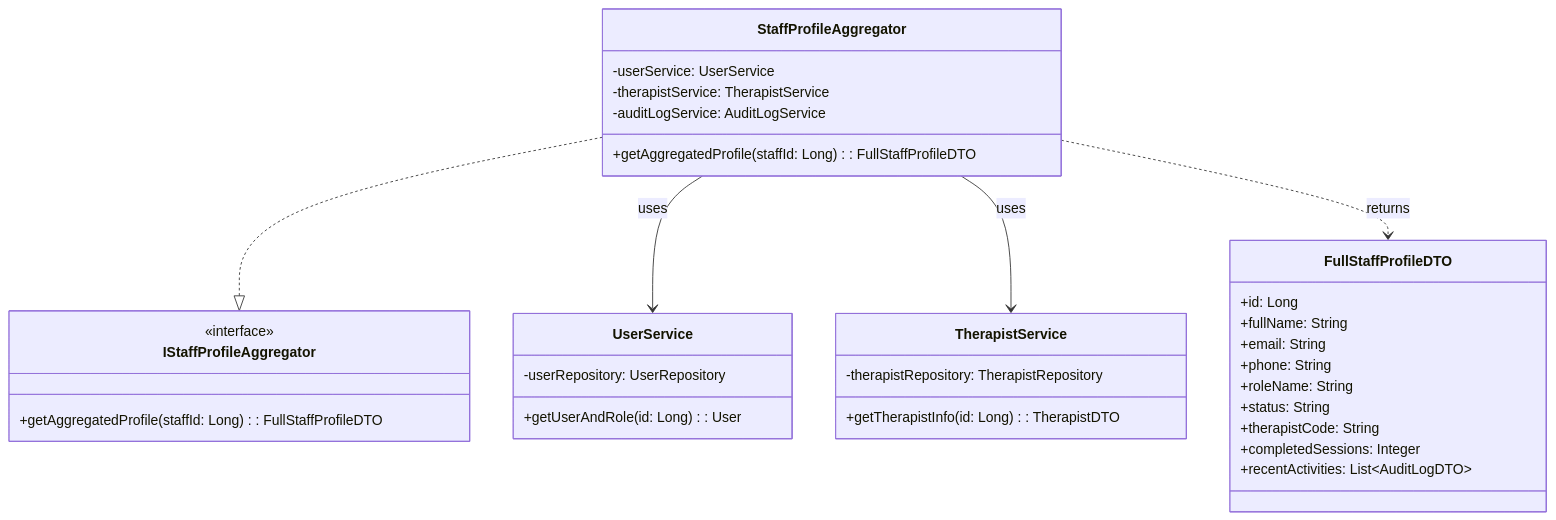
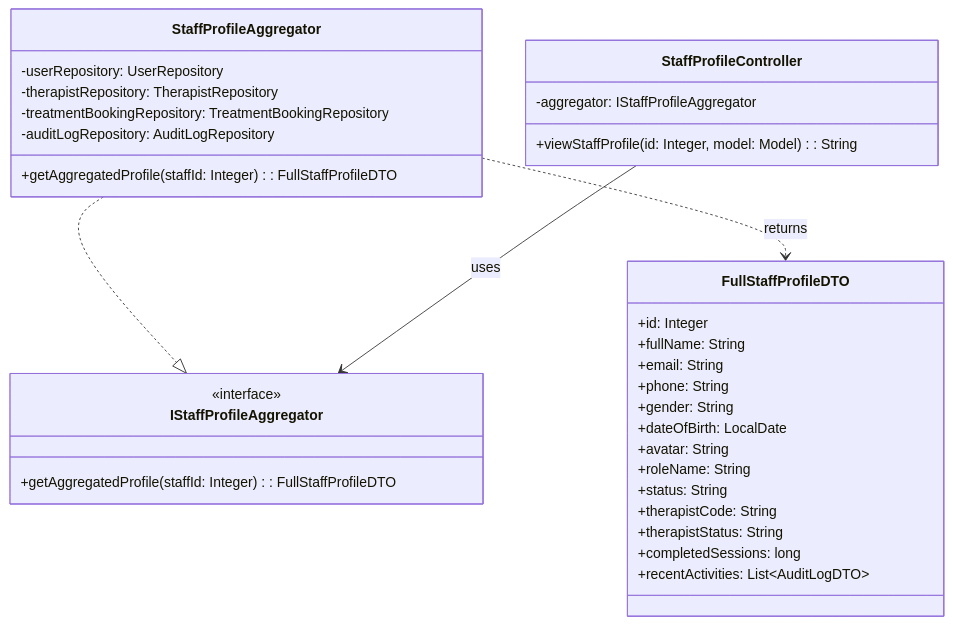
One commit to danhdac36/xoai-aura-retreat changed the first of 3 diagrams in 04_Implement/Module5/UC33/EDS_UC33_StaffProfileDetails.md. Above: the diagram before and after it, drawn with Mermaid. The commit also changed other lines of this file and 3 other files, not shown here.

````diff
--- a/04_Implement/Module5/UC33/EDS_UC33_StaffProfileDetails.md
+++ b/04_Implement/Module5/UC33/EDS_UC33_StaffProfileDetails.md
@@ -153,41 +147,40 @@
 ```mermaid
 classDiagram
     class FullStaffProfileDTO {
-        +id: Long
+        +id: Integer
         +fullName: String
         +email: String
         +phone: String
+        +gender: String
+        +dateOfBirth: LocalDate
+        +avatar: String
         +roleName: String
         +status: String
         +therapistCode: String
-        +completedSessions: Integer
+        +therapistStatus: String
+        +completedSessions: long
         +recentActivities: List~AuditLogDTO~
     }
 
     class IStaffProfileAggregator {
         <<interface>>
-        +getAggregatedProfile(staffId: Long): FullStaffProfileDTO
+        +getAggregatedProfile(staffId: Integer): FullStaffProfileDTO
     }
 
     class StaffProfileAggregator {
-        -userService: UserService
-        -therapistService: TherapistService
-        -auditLogService: AuditLogService
-        +getAggregatedProfile(staffId: Long): FullStaffProfileDTO
+        -userRepository: UserRepository
+        -therapistRepository: TherapistRepository
+        -treatmentBookingRepository: TreatmentBookingRepository
+        -auditLogRepository: AuditLogRepository
+        +getAggregatedProfile(staffId: Integer): FullStaffProfileDTO
     }
 
-    class UserService {
-        -userRepository: UserRepository
-        +getUserAndRole(id: Long): User
-    }
-
-    class TherapistService {
-        -therapistRepository: TherapistRepository
-        +getTherapistInfo(id: Long): TherapistDTO
+    class StaffProfileController {
+        -aggregator: IStaffProfileAggregator
+        +viewStaffProfile(id: Integer, model: Model): String
     }
 
     StaffProfileAggregator ..|> IStaffProfileAggregator
-    StaffProfileAggregator --> UserService : uses
-    StaffProfileAggregator --> TherapistService : uses
+    StaffProfileController --> IStaffProfileAggregator : uses
     StaffProfileAggregator ..> FullStaffProfileDTO : returns
 ```
````
